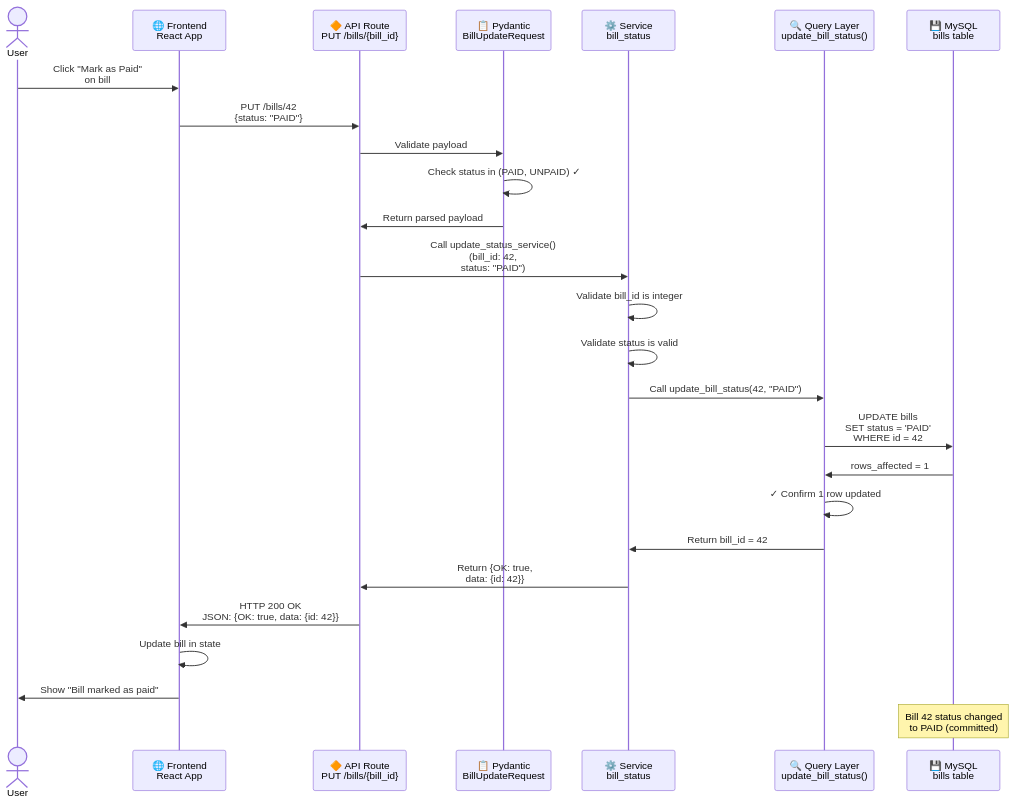
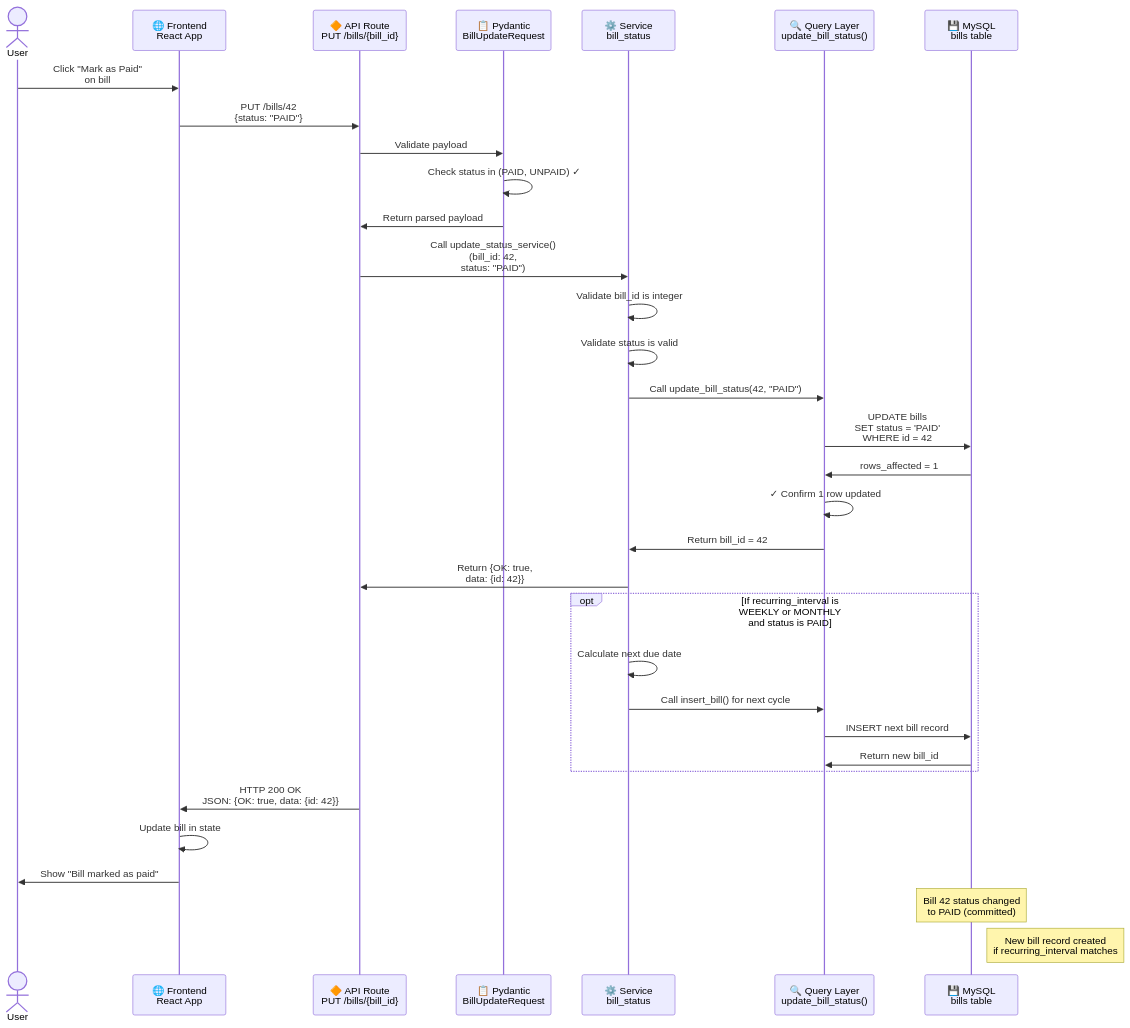
Before and after one commit to Kaynup/Family-Support-Scheduler-Full-stack-App: the fifth of 9 diagrams in docs/diagrams/application_sequential_diagram.md, drawn with Mermaid. The commit also changed other lines of this file and 28 other files, not shown here.

````diff
--- a/docs/diagrams/application_sequential_diagram.md
+++ b/docs/diagrams/application_sequential_diagram.md
@@ -163,36 +163,44 @@
 ```mermaid
 sequenceDiagram
     actor User
     participant Frontend as 🌐 Frontend<br/>React App
     participant API as 🔶 API Route<br/>PUT /bills/{bill_id}
     participant Schema as 📋 Pydantic<br/>BillUpdateRequest
     participant Service as ⚙️ Service<br/>bill_status
     participant Query as 🔍 Query Layer<br/>update_bill_status()
     participant DB as 💾 MySQL<br/>bills table
 
     User->>Frontend: Click "Mark as Paid"<br/>on bill #42
     Frontend->>API: PUT /bills/42<br/>{status: "PAID"}
     
     API->>Schema: Validate payload
     Schema->>Schema: Check status in (PAID, UNPAID) ✓
     Schema->>API: Return parsed payload
     
     API->>Service: Call update_status_service()<br/>(bill_id: 42,<br/>status: "PAID")
     
     Service->>Service: Validate bill_id is integer
     Service->>Service: Validate status is valid
     Service->>Query: Call update_bill_status(42, "PAID")
     
     Query->>DB: UPDATE bills<br/>SET status = 'PAID'<br/>WHERE id = 42
     DB->>Query: rows_affected = 1
     Query->>Query: ✓ Confirm 1 row updated
     Query->>Service: Return bill_id = 42
     
     Service->>API: Return {OK: true,<br/>data: {id: 42}}
     
+    opt If recurring_interval is WEEKLY or MONTHLY and status is PAID
+        Service->>Service: Calculate next due date
+        Service->>Query: Call insert_bill() for next cycle
+        Query->>DB: INSERT next bill record
+        DB->>Query: Return new bill_id
+    end
+    
     API->>Frontend: HTTP 200 OK<br/>JSON: {OK: true, data: {id: 42}}
     Frontend->>Frontend: Update bill in state
     Frontend->>User: Show "Bill marked as paid"
 
     Note over DB: Bill 42 status changed<br/>to PAID (committed)
+    Note right of DB: New bill record created<br/>if recurring_interval matches
 ```
````
